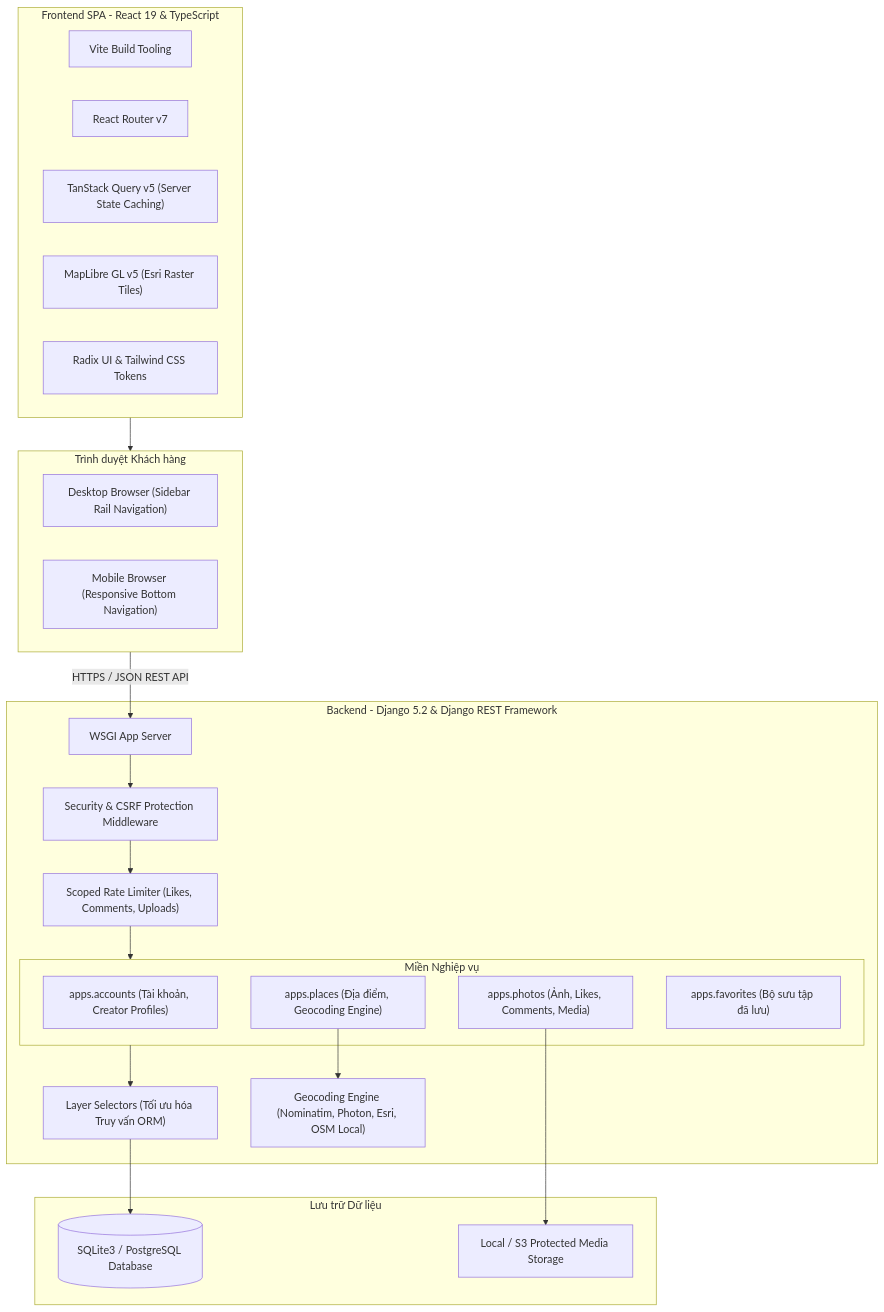
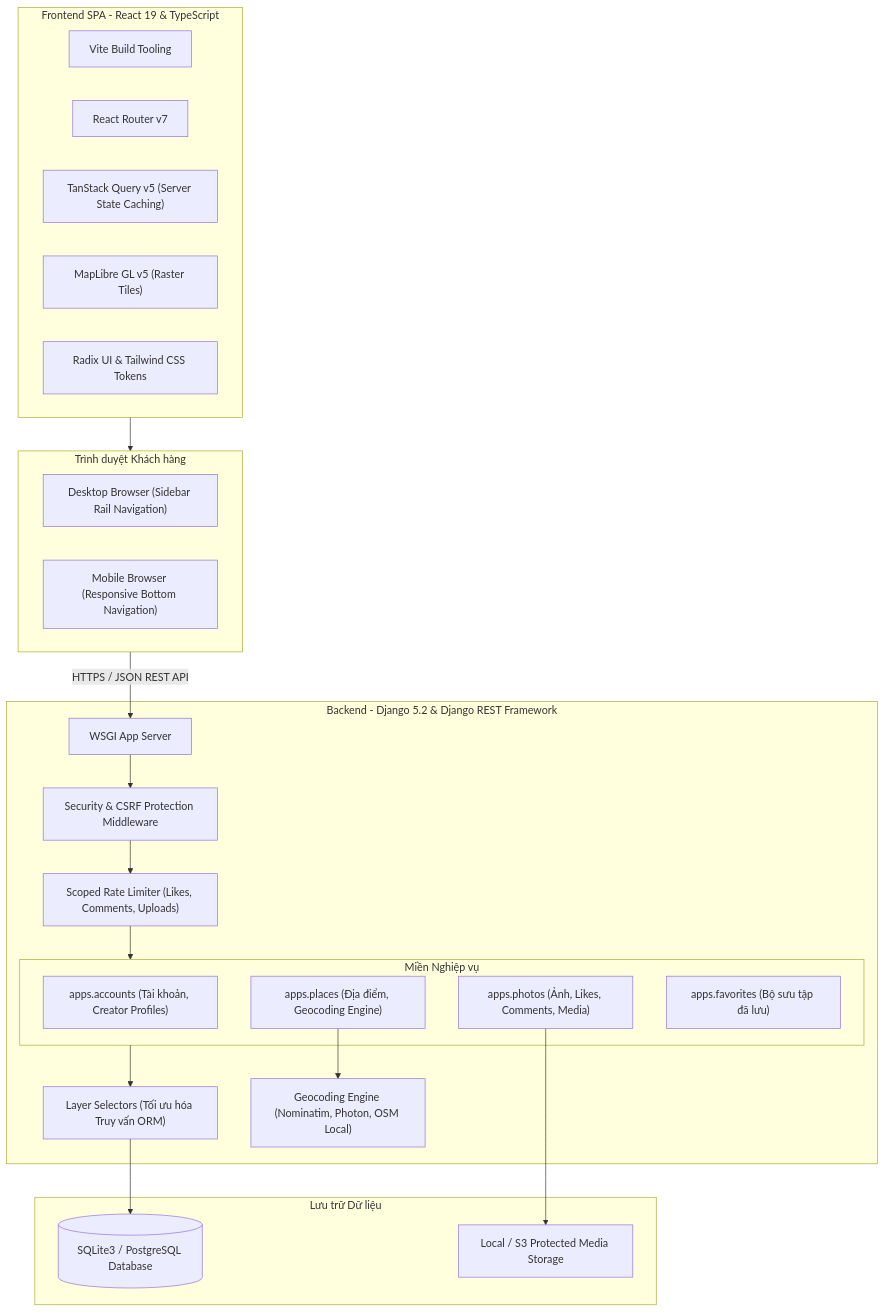
Before and after one commit to longqt321/Rendez-PBL6: the second of 2 diagrams in docs/PROJECT_DESCRIPTION.md, drawn with Mermaid. The commit also changed other lines of this file and 25 other files, not shown here.

````diff
--- a/docs/PROJECT_DESCRIPTION.md
+++ b/docs/PROJECT_DESCRIPTION.md
@@ -113,43 +114,43 @@
 ```mermaid
 flowchart TD
     subgraph ClientLayer [Trình duyệt Khách hàng]
         Desktop["Desktop Browser (Sidebar Rail Navigation)"]
         Mobile["Mobile Browser (Responsive Bottom Navigation)"]
     end
 
     subgraph FrontendApp [Frontend SPA - React 19 & TypeScript]
         Vite["Vite Build Tooling"]
         Router["React Router v7"]
         QueryCache["TanStack Query v5 (Server State Caching)"]
-        MapLibreGL["MapLibre GL v5 (Esri Raster Tiles)"]
+        MapLibreGL["MapLibre GL v5 (Raster Tiles)"]
         Components["Radix UI & Tailwind CSS Tokens"]
     end
 
     subgraph BackendApp [Backend - Django 5.2 & Django REST Framework]
         WSGI["WSGI App Server"]
         SecurityMid["Security & CSRF Protection Middleware"]
         ThrottleMid["Scoped Rate Limiter (Likes, Comments, Uploads)"]
 
         subgraph ServiceDomains [Miền Nghiệp vụ]
             Acc["apps.accounts (Tài khoản, Creator Profiles)"]
             Plc["apps.places (Địa điểm, Geocoding Engine)"]
             Pht["apps.photos (Ảnh, Likes, Comments, Media)"]
             Fav["apps.favorites (Bộ sưu tập đã lưu)"]
         end
 
         Selectors["Layer Selectors (Tối ưu hóa Truy vấn ORM)"]
-        Geocoding["Geocoding Engine (Nominatim, Photon, Esri, OSM Local)"]
+        Geocoding["Geocoding Engine (Nominatim, Photon, OSM Local)"]
     end
 
     subgraph DatabaseStorage [Lưu trữ Dữ liệu]
         DB[("SQLite3 / PostgreSQL Database")]
         Media["Local / S3 Protected Media Storage"]
     end
 
     ClientLayer -->|HTTPS / JSON REST API| WSGI
     WSGI --> SecurityMid --> ThrottleMid --> ServiceDomains
     ServiceDomains --> Selectors --> DB
     Plc --> Geocoding
     Pht --> Media
     FrontendApp --> ClientLayer
 ```
````
